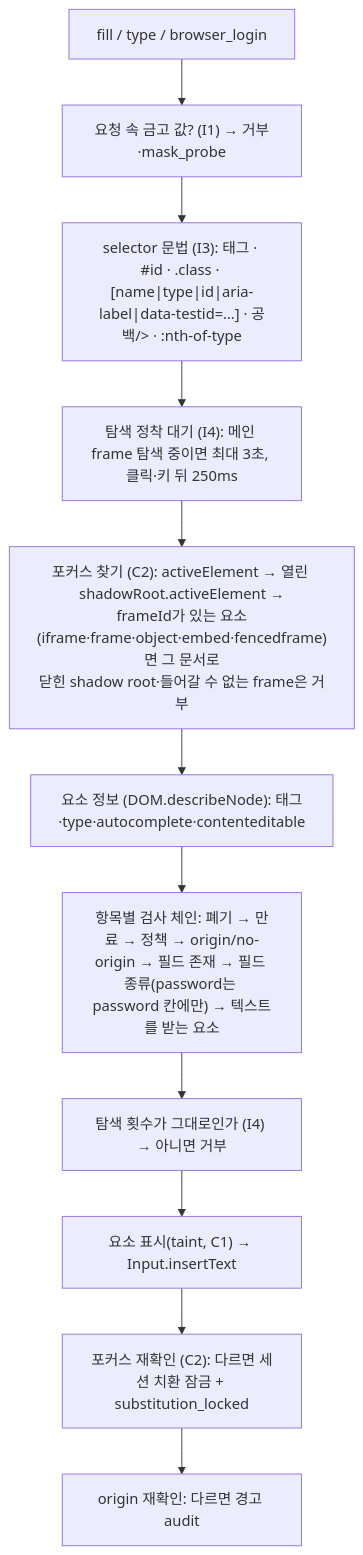
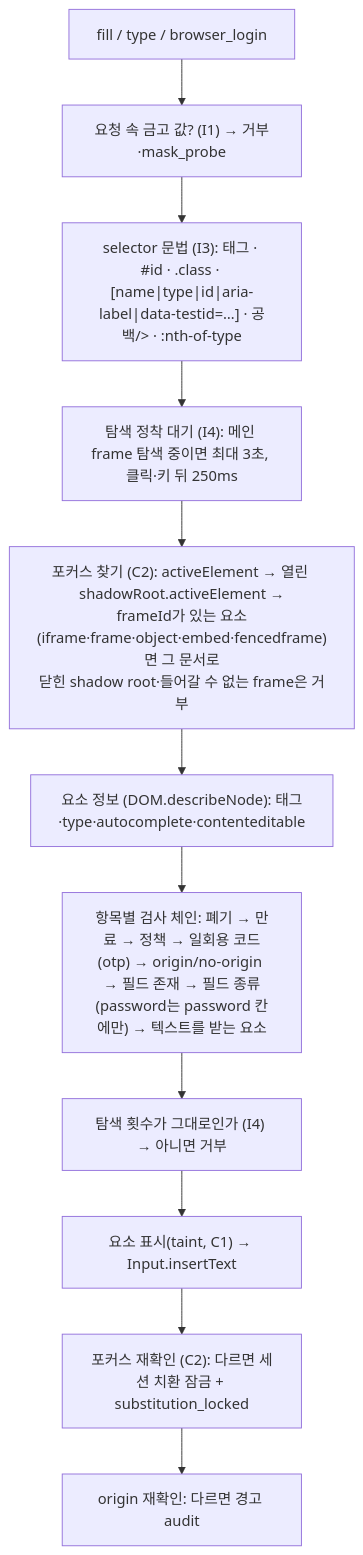
One commit to LeeSwallow/KeyHarbor changed the sixth of 12 diagrams in docs/design/03-security-whitepaper.md. Above: the diagram before and after it, drawn with Mermaid. The commit also changed other lines of this file and 69 other files, not shown here.

````diff
--- a/docs/design/03-security-whitepaper.md
+++ b/docs/design/03-security-whitepaper.md
@@ -242,13 +243,13 @@
 ```mermaid
 flowchart TD
   r["fill / type / browser_login"] --> l["요청 속 금고 값? (I1) → 거부·mask_probe"]
   l --> sel["selector 문법 (I3): 태그 · #id · .class · [name|type|id|aria-label|data-testid=…] · 공백/> · :nth-of-type"]
   sel --> st["탐색 정착 대기 (I4): 메인 frame 탐색 중이면 최대 3초, 클릭·키 뒤 250ms"]
   st --> f["포커스 찾기 (C2): activeElement → 열린 shadowRoot.activeElement →<br/>frameId가 있는 요소(iframe·frame·object·embed·fencedframe)면 그 문서로<br/>닫힌 shadow root·들어갈 수 없는 frame은 거부"]
   f --> e["요소 정보 (DOM.describeNode): 태그·type·autocomplete·contenteditable"]
-  e --> ch["항목별 검사 체인: 폐기 → 만료 → 정책 → origin/no-origin → 필드 존재 → 필드 종류(password는 password 칸에만) → 텍스트를 받는 요소"]
+  e --> ch["항목별 검사 체인: 폐기 → 만료 → 정책 → 일회용 코드(otp) → origin/no-origin → 필드 존재 → 필드 종류(password는 password 칸에만) → 텍스트를 받는 요소"]
   ch --> nav["탐색 횟수가 그대로인가 (I4) → 아니면 거부"]
   nav --> ins["요소 표시(taint, C1) → Input.insertText"]
   ins --> re["포커스 재확인 (C2): 다르면 세션 치환 잠금 + substitution_locked"]
   re --> o["origin 재확인: 다르면 경고 audit"]
 ```
````
